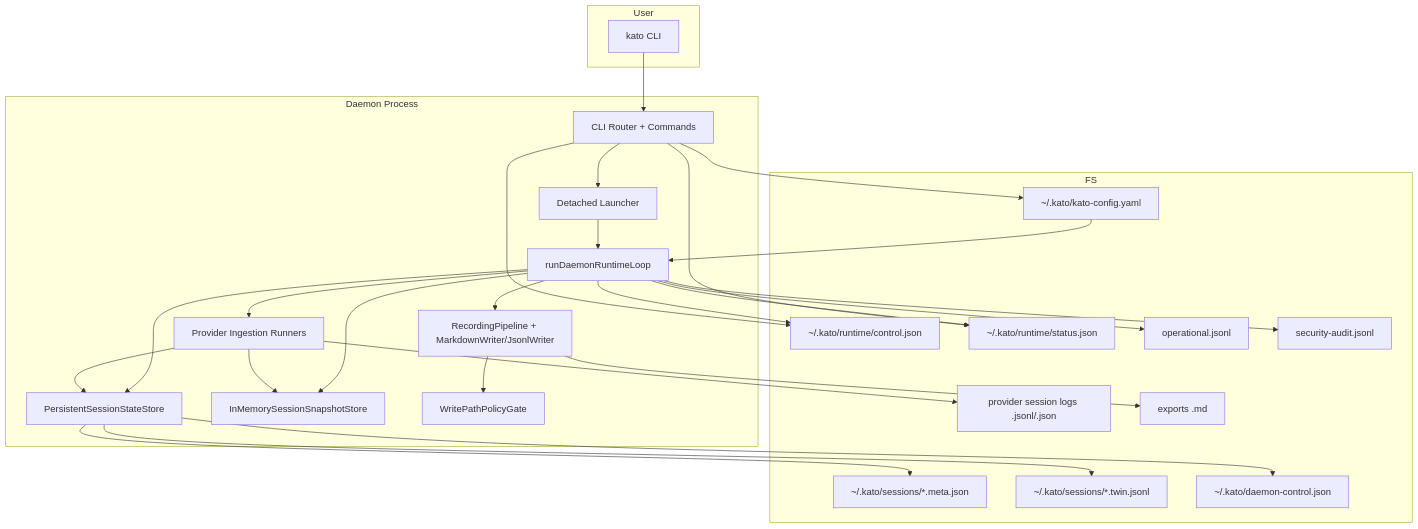
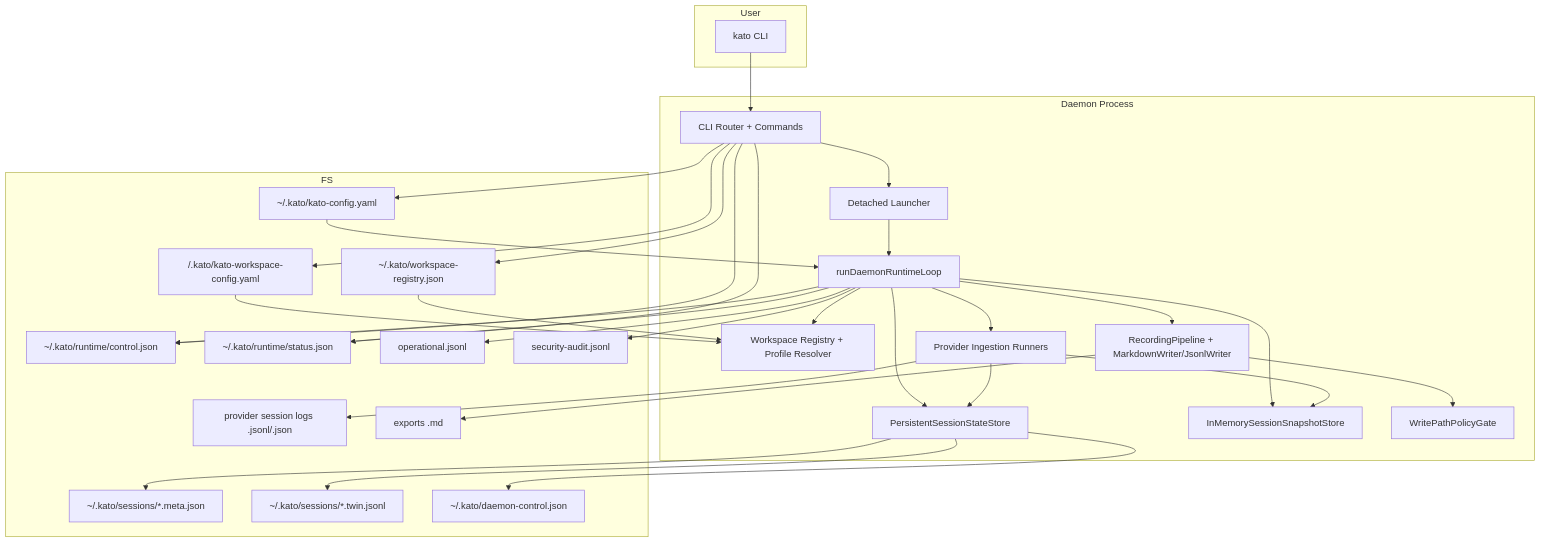
Before and after one commit to spectacular-voyage/kato: the diagram in dev-docs/notes/dev.codebase-overview.md, drawn with Mermaid. The commit also changed other lines of this file and 35 other files, not shown here.

````diff
--- a/dev-docs/notes/dev.codebase-overview.md
+++ b/dev-docs/notes/dev.codebase-overview.md
@@ -62,58 +62,66 @@
 ```mermaid
 graph TD
   subgraph User
     CLI[kato CLI]
   end
 
   subgraph FS
     CONFIG[~/.kato/kato-config.yaml]
+    WREG[~/.kato/workspace-registry.json]
+    WCFG[<workspace>/.kato/kato-workspace-config.yaml]
     CONTROL[~/.kato/runtime/control.json]
     STATUS[~/.kato/runtime/status.json]
     SESSIONMETA[~/.kato/sessions/*.meta.json]
     SESSIONTWIN[~/.kato/sessions/*.twin.jsonl]
     DCTRL[~/.kato/daemon-control.json]
     LOGS[provider session logs .jsonl/.json]
     OUTPUT[exports .md]
     OPLOG[operational.jsonl]
     AUDIT[security-audit.jsonl]
   end
 
   subgraph Daemon Process
     ROUTER[CLI Router + Commands]
     LAUNCHER[Detached Launcher]
     RUNTIME[runDaemonRuntimeLoop]
+    WORKSPACE[Workspace Registry + Profile Resolver]
     INGEST[Provider Ingestion Runners]
     PERSIST[PersistentSessionStateStore]
     SNAPSHOT[InMemorySessionSnapshotStore]
     WRITER[RecordingPipeline + MarkdownWriter/JsonlWriter]
     POLICY[WritePathPolicyGate]
   end
 
   CLI --> ROUTER
   ROUTER --> CONFIG
+  ROUTER --> WREG
+  ROUTER --> WCFG
   ROUTER --> LAUNCHER
   ROUTER --> CONTROL
   ROUTER --> STATUS
 
   LAUNCHER --> RUNTIME
   CONFIG --> RUNTIME
+  WREG --> WORKSPACE
+  WCFG --> WORKSPACE
 
+  RUNTIME --> WORKSPACE
   RUNTIME --> INGEST
   INGEST --> LOGS
   INGEST --> PERSIST
   INGEST --> SNAPSHOT
 
   RUNTIME --> SNAPSHOT
   RUNTIME --> PERSIST
   RUNTIME --> CONTROL
   RUNTIME --> STATUS
   RUNTIME --> WRITER
   PERSIST --> SESSIONMETA
   PERSIST --> SESSIONTWIN
   PERSIST --> DCTRL
   WRITER --> POLICY
   WRITER --> OUTPUT
 
   RUNTIME --> OPLOG
   RUNTIME --> AUDIT
 ```
````
